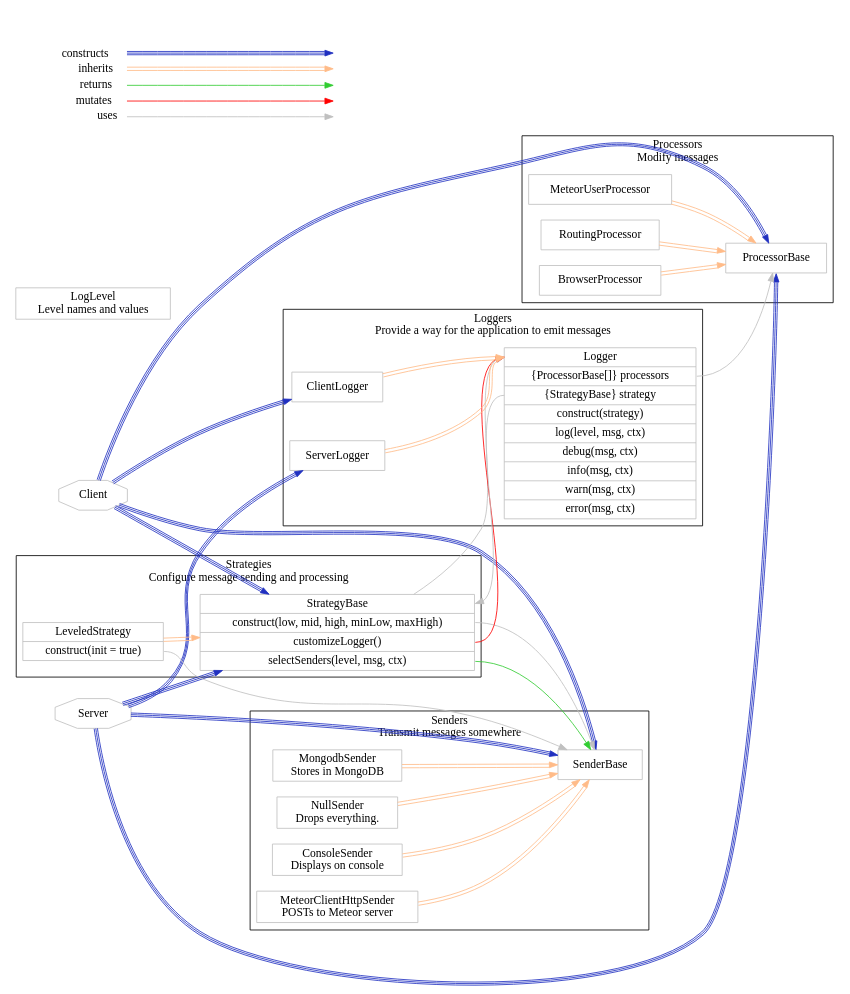
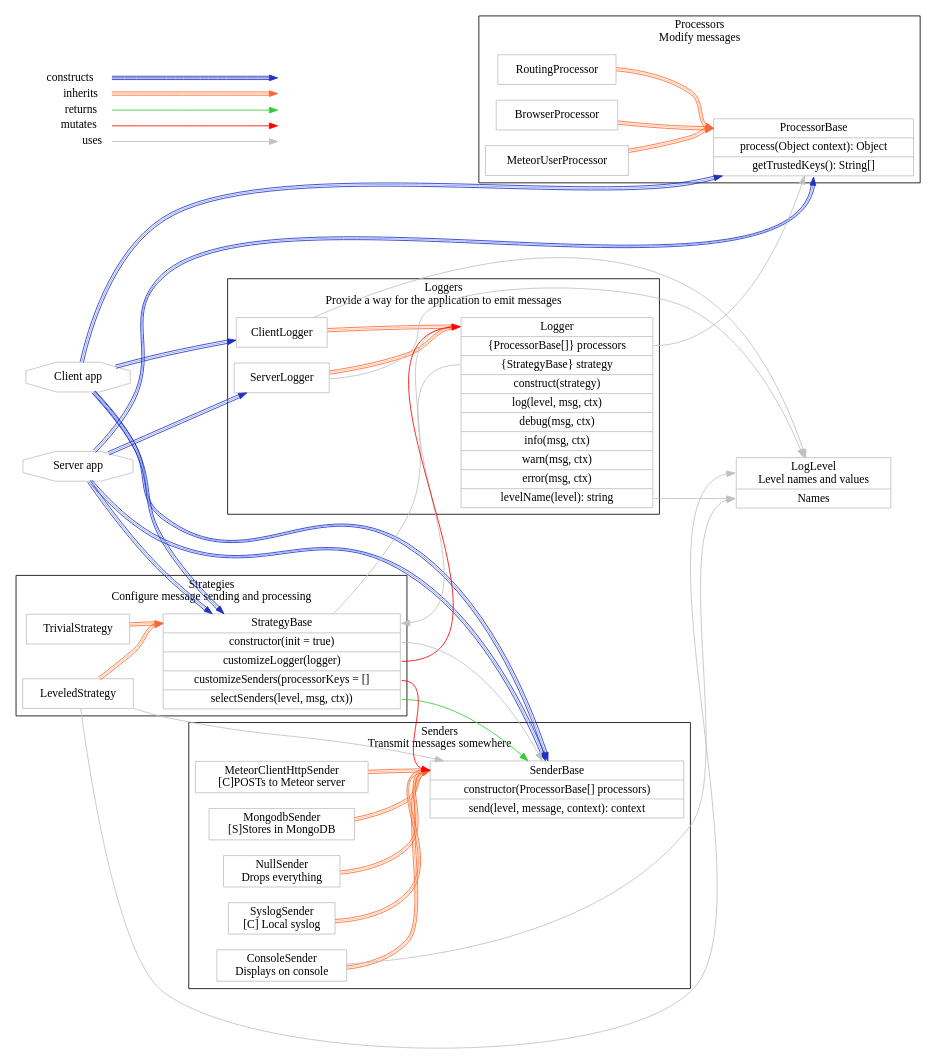
One commit to fgm/filog changed the diagram in doc/logger.dot. Above: the diagram before and after it, drawn with Graphviz. The commit also changed 8 other files, not shown here.

```diff
--- a/doc/logger.dot
+++ b/doc/logger.dot
@@ -1,124 +1,129 @@
 digraph logger {
   rankdir = LR;
   node [ shape="octagon", color="#c0c0c0" ];
-    Client;
-    Server;
-  
+    Client [ label="Client app"];
+    Server [ label="Server app"];
+
   node [ shape="record", color="#c0c0c0" ];
+
+  subgraph cluster_loggers {
+    label = "Loggers\nProvide a way for the application to emit messages";
+
+    ClientLogger;
+    Logger [ label="<label>Logger|<processors>\{ProcessorBase[]\} processors|<strategy>\{StrategyBase\} strategy|<constructor>construct(strategy)|log(level, msg, ctx)|debug(msg, ctx)|info(msg, ctx)|warn(msg, ctx)|error(msg, ctx)|<levelName>levelName(level): string"];
+    ServerLogger;
+  }
 
   subgraph cluster_processors {
     label = "Processors\nModify messages";
-    
-	BrowserProcessor;
-	MeteorUserProcessor;
-	ProcessorBase;
+
+    BrowserProcessor;
+  	MeteorUserProcessor;
+  	ProcessorBase [ label="<label>ProcessorBase|process(Object context): Object|getTrustedKeys(): String[]"];
     RoutingProcessor;
   }
-  
+
   subgraph cluster_senders {
     label = "Senders\nTransmit messages somewhere";
-    
+
     ConsoleSender [ label="ConsoleSender\nDisplays on console" ];
-    MeteorClientHttpSender [ label="MeteorClientHttpSender\nPOSTs to Meteor server" ];
-    MongodbSender [ label="MongodbSender\nStores in MongoDB" ];
-    NullSender [ label="NullSender\nDrops everything." ];
-    SenderBase;
+    MeteorClientHttpSender [ label="MeteorClientHttpSender\n[C]POSTs to Meteor server" ];
+    MongodbSender [ label="MongodbSender\n[S]Stores in MongoDB" ];
+    NullSender [ label="NullSender\nDrops everything" ];
+    SyslogSender [ label="SyslogSender\n[C] Local syslog" ];
+    SenderBase [ label="<label>SenderBase|constructor(ProcessorBase[] processors)|send(level, message, context): context" ];
   }
-  
+
   subgraph cluster_strategies {
     label = "Strategies\nConfigure message sending and processing";
-    
-    LeveledStrategy [ label="<label>LeveledStrategy|<constructor>construct(init = true)" ];
-    StrategyBase [ label="<label>StrategyBase|<constructor>construct(low, mid, high, minLow, maxHigh)|<customize>customizeLogger()|<select>selectSenders(level, msg, ctx)" ];
+
+    LeveledStrategy [ label="<label>LeveledStrategy" ];
+    StrategyBase [ label="<label>StrategyBase|<constructor>constructor(init = true)|<customize>customizeLogger(logger)|<customizeSenders>customizeSenders(processorKeys = []|<select>selectSenders(level, msg, ctx))" ];
+    TrivialStrategy [ label="<label>TrivialStrategy" ];
   }
- 
-  subgraph cluster_loggers {
-    label = "Loggers\nProvide a way for the application to emit messages";
-    
-    ClientLogger;
-    Logger [ label="<label>Logger|<processors>\{ProcessorBase[]\} processors|<strategy>\{StrategyBase\} strategy|<constructor>construct(strategy)|log(level, msg, ctx)|debug(msg, ctx)|info(msg, ctx)|warn(msg, ctx)|error(msg, ctx)"];
-    ServerLogger;
-  }
-  
-  LogLevel [ label="LogLevel\nLevel names and values" ];
+
+  LogLevel [ label="<label>LogLevel\nLevel names and values|<names>Names" ];
 
   // Misc relations
   // Instantiation.
-  edge [ color="#2030c0:#2030c0:#2030c0" ];
+  edge [ color="#2030c0:#80a0ff:#2030c0" ];
   Client -> ClientLogger;
   Client -> ProcessorBase;
   Client -> SenderBase;
   Client -> StrategyBase;
-  
+
   Server -> ProcessorBase:s;
   Server -> SenderBase;
   Server -> ServerLogger;
   Server -> StrategyBase;
-  
+
   // Inheritance
-  edge [ color="#ffbb88::invis:#ffbb88" ];
-  
-  BrowserProcessor -> ProcessorBase;
-  MeteorUserProcessor -> ProcessorBase;
-  RoutingProcessor -> ProcessorBase;
+  edge [ color="#ff6633:#ffbb88:#ff6633" ];
 
-  ConsoleSender -> SenderBase;
-  MeteorClientHttpSender -> SenderBase;
-  MongodbSender -> SenderBase;
-  NullSender -> SenderBase;    
-  
-  LeveledStrategy -> StrategyBase;
-  
+  BrowserProcessor -> ProcessorBase:label;
+  MeteorUserProcessor -> ProcessorBase:label;
+  RoutingProcessor -> ProcessorBase:label;
+
+  ConsoleSender -> SenderBase:label;
+  MeteorClientHttpSender -> SenderBase:label;
+  MongodbSender -> SenderBase:label;
+  NullSender -> SenderBase:label;
+  SyslogSender -> SenderBase:label;
+
+  LeveledStrategy -> StrategyBase:label;
+  TrivialStrategy -> StrategyBase:label;
+
   ClientLogger -> Logger:label;
   ServerLogger -> Logger:label;
 
-  // Dependency.  
+  // Dependency.
   edge [ color="#c0c0c0" ];
-  // ClientLogger -> LogLevel;
-  // ServerLogger -> LogLevel;
+  ClientLogger -> LogLevel;
+  ServerLogger -> LogLevel;
 
-  // ConsoleSender -> LogLevel;
-  // LeveledStrategy -> LogLevel;
-  // Logger -> LogLevel;
+  ConsoleSender -> LogLevel:names;
+  LeveledStrategy -> LogLevel:label;
+  Logger:levelName -> LogLevel:names;
   Logger:processors -> ProcessorBase;
   Logger:strategy -> StrategyBase:label;
-  
+
   LeveledStrategy:constructor -> SenderBase;
   StrategyBase -> Logger:label;
   StrategyBase:constructor -> SenderBase;
 
   // Method return
   edge [ color="limegreen" ];
   StrategyBase:select -> SenderBase;
 
   // Mutates
   edge [ color="red" ];
   StrategyBase:customize -> Logger:label;
+  StrategyBase:customizeSenders -> SenderBase:label;
 
-  subgraph cluster_caption { 
+  subgraph cluster_caption {
     label = "Legend";
     rank = sink;
     style = invis;
     node [shape=plaintext]
-    
+
     key [label=<<table border="0" cellpadding="2" cellspacing="0" cellborder="0">
       <tr><td align="right" port="i1">constructs</td></tr>
       <tr><td align="right" port="i2">inherits</td></tr>
       <tr><td align="right" port="i3">returns</td></tr>
       <tr><td align="right" port="i4">mutates</td></tr>
       <tr><td align="right" port="i5">uses</td></tr>
       </table>>]
     key2 [label=<<table border="0" cellpadding="2" cellspacing="0" cellborder="0">
       <tr><td port="i1">&nbsp;</td></tr>
       <tr><td port="i2">&nbsp;</td></tr>
       <tr><td port="i3">&nbsp;</td></tr>
       <tr><td port="i4">&nbsp;</td></tr>
       <tr><td port="i5">&nbsp;</td></tr>
       </table>>]
     key:i1:e -> key2:i1:w [color="#2030c0:#2030c0:#2030c0"];
-    key:i2:e -> key2:i2:w [color="#ffbb88:invis:#ffbb88"];
+    key:i2:e -> key2:i2:w [color="#ff6633:#ffbb88:#ff6633"];
     key:i3:e -> key2:i3:w [color=limegreen];
     key:i4:e -> key2:i4:w [color=red];
     key:i5:e -> key2:i5:w [color="#c0c0c0"];
   }
 }
```
